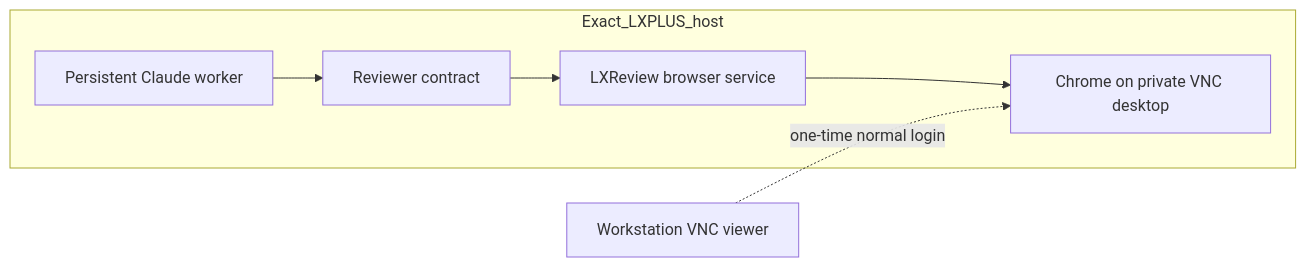
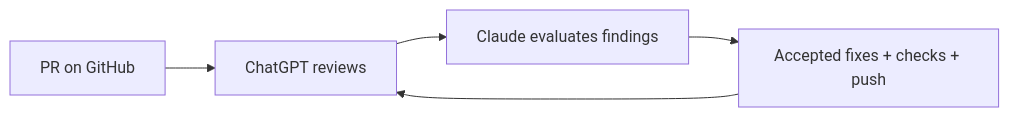
One commit to jbeirer/lxreview changed the diagram in README.md. Above: the diagram before and after it, drawn with Mermaid. The commit also changed other lines of this file and 3 other files, not shown here.

````diff
--- a/README.md
+++ b/README.md
@@ -47,8 +17,7 @@
 ```mermaid
 flowchart LR
-  subgraph Exact_LXPLUS_host
-    Worker[Persistent Claude worker] --> Reviewer[Reviewer contract]
-    Reviewer --> Service[LXReview browser service] --> Chrome[Chrome on private VNC desktop]
-  end
-  Laptop[Workstation VNC viewer] -. one-time normal login .-> Chrome
+    PR[PR on GitHub] --> Review[ChatGPT reviews]
+    Review --> Evaluate[Claude evaluates findings]
+    Evaluate --> Fix[Accepted fixes + checks + push]
+    Fix --> Review
 ```
````
